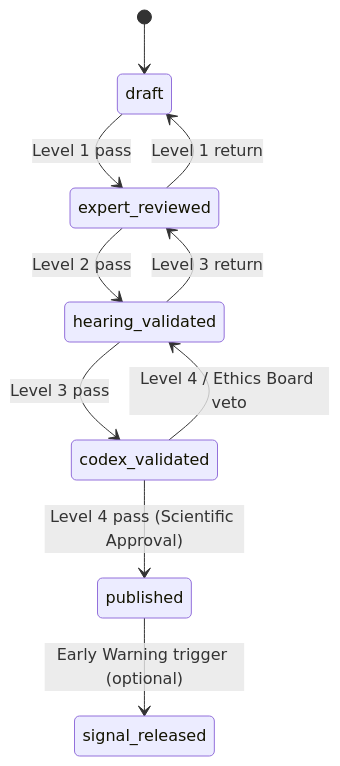
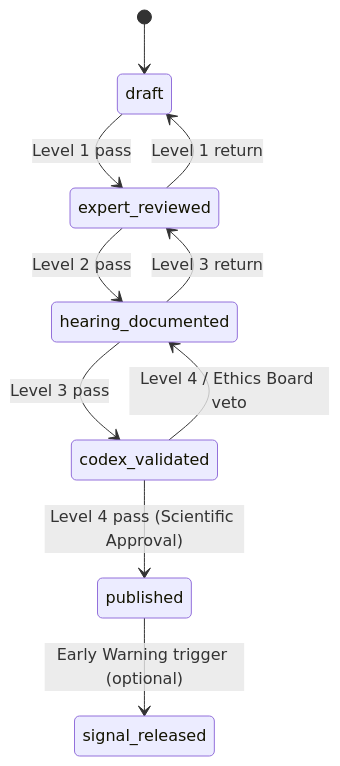
One commit to jolanfarhadi-tech/res-publica changed the third of 4 diagrams in brain/FOUNDATION/03_ANNEX_BLOCKCHAIN_CIVIC_CONTRIBUTION_ARCHITECTURE.md. Above: the diagram before and after it, drawn with Mermaid. The commit also changed other lines of this file and 2 other files, not shown here.

Commit message:
Rename hearing_validated to hearing_documented across state machine references

````diff
--- a/brain/FOUNDATION/03_ANNEX_BLOCKCHAIN_CIVIC_CONTRIBUTION_ARCHITECTURE.md
+++ b/brain/FOUNDATION/03_ANNEX_BLOCKCHAIN_CIVIC_CONTRIBUTION_ARCHITECTURE.md
@@ -163,12 +163,12 @@
 ```mermaid
 stateDiagram-v2
     [*] --> draft
     draft --> expert_reviewed : Level 1 pass
-    expert_reviewed --> hearing_validated : Level 2 pass
-    hearing_validated --> codex_validated : Level 3 pass
+    expert_reviewed --> hearing_documented : Level 2 pass
+    hearing_documented --> codex_validated : Level 3 pass
     codex_validated --> published : Level 4 pass (Scientific Approval)
     published --> signal_released : Early Warning trigger (optional)
     expert_reviewed --> draft : Level 1 return
-    hearing_validated --> expert_reviewed : Level 3 return
-    codex_validated --> hearing_validated : Level 4 / Ethics Board veto
+    hearing_documented --> expert_reviewed : Level 3 return
+    codex_validated --> hearing_documented : Level 4 / Ethics Board veto
 ```
````
